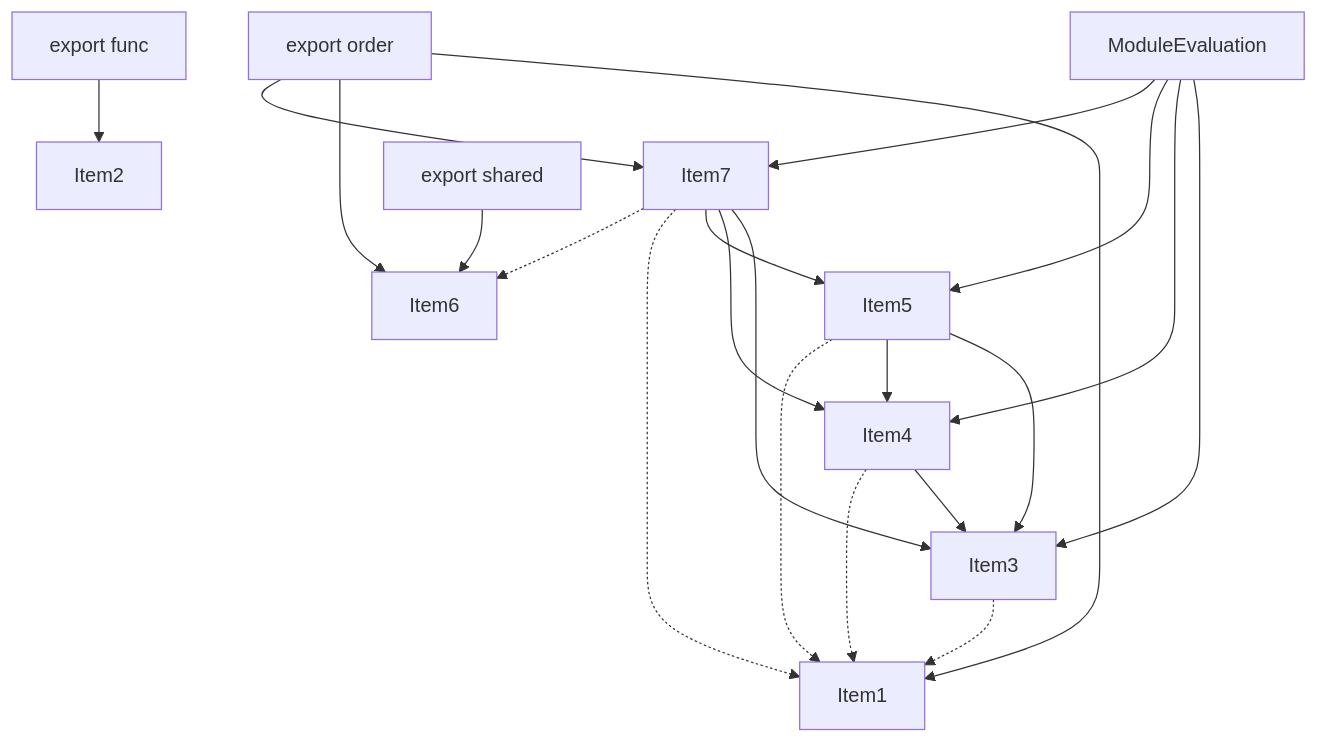
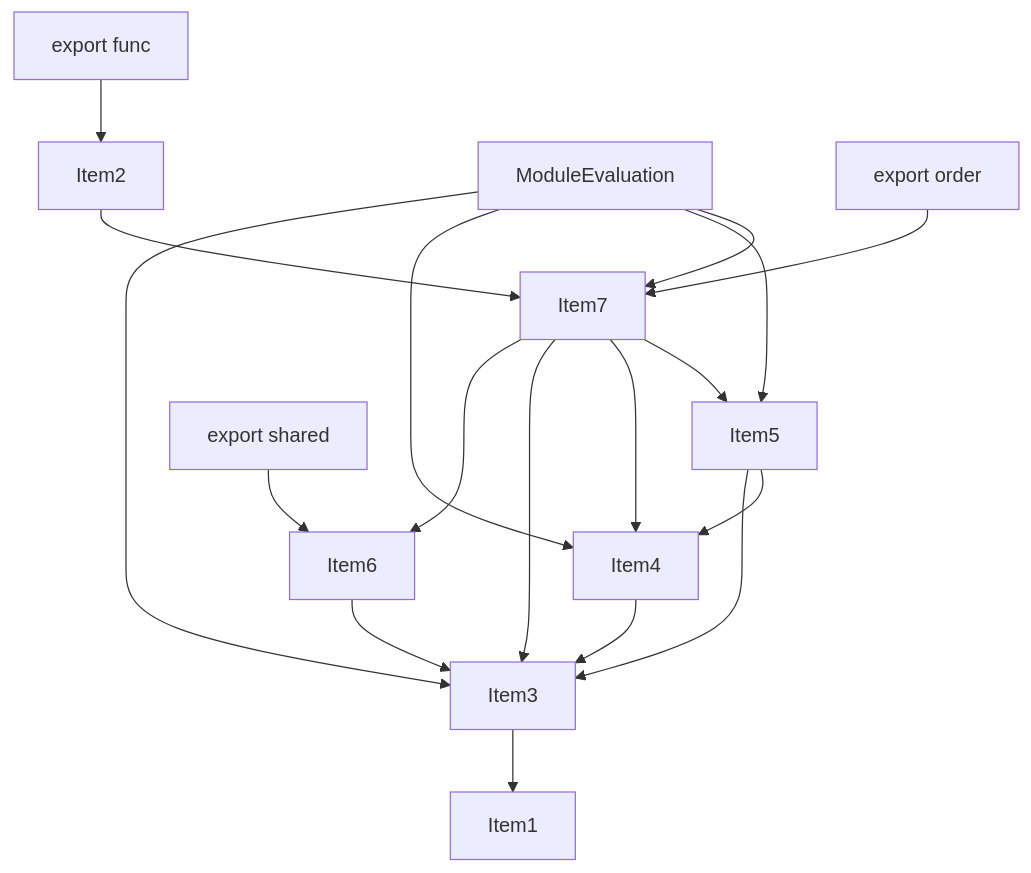
Before and after one commit to vercel/turborepo: the fourth of 5 diagrams in crates/turbopack-ecmascript/tests/tree-shaker/analyzer/write-order/output.md, drawn with Mermaid. The commit also changed other lines of this file and 15 other files, not shown here.

````diff
--- a/crates/turbopack-ecmascript/tests/tree-shaker/analyzer/write-order/output.md
+++ b/crates/turbopack-ecmascript/tests/tree-shaker/analyzer/write-order/output.md
@@ -165,38 +166,35 @@
 ```mermaid
 graph TD
     Item1;
     Item2;
     Item3;
     Item4;
     Item5;
     Item6;
     Item7;
     Item8;
     Item8["ModuleEvaluation"];
     Item9;
     Item9["export order"];
     Item10;
     Item10["export func"];
     Item11;
     Item11["export shared"];
-    Item3 -.-> Item1;
+    Item3 --> Item1;
     Item4 --> Item3;
-    Item4 -.-> Item1;
     Item5 --> Item3;
     Item5 --> Item4;
-    Item5 -.-> Item1;
+    Item6 --> Item3;
+    Item7 --> Item6;
     Item7 --> Item3;
     Item7 --> Item4;
     Item7 --> Item5;
-    Item7 -.-> Item1;
-    Item7 -.-> Item6;
+    Item2 --> Item7;
     Item8 --> Item3;
     Item8 --> Item4;
     Item8 --> Item5;
     Item8 --> Item7;
-    Item9 --> Item1;
-    Item9 --> Item6;
     Item9 --> Item7;
     Item10 --> Item2;
     Item11 --> Item6;
 ```
````
